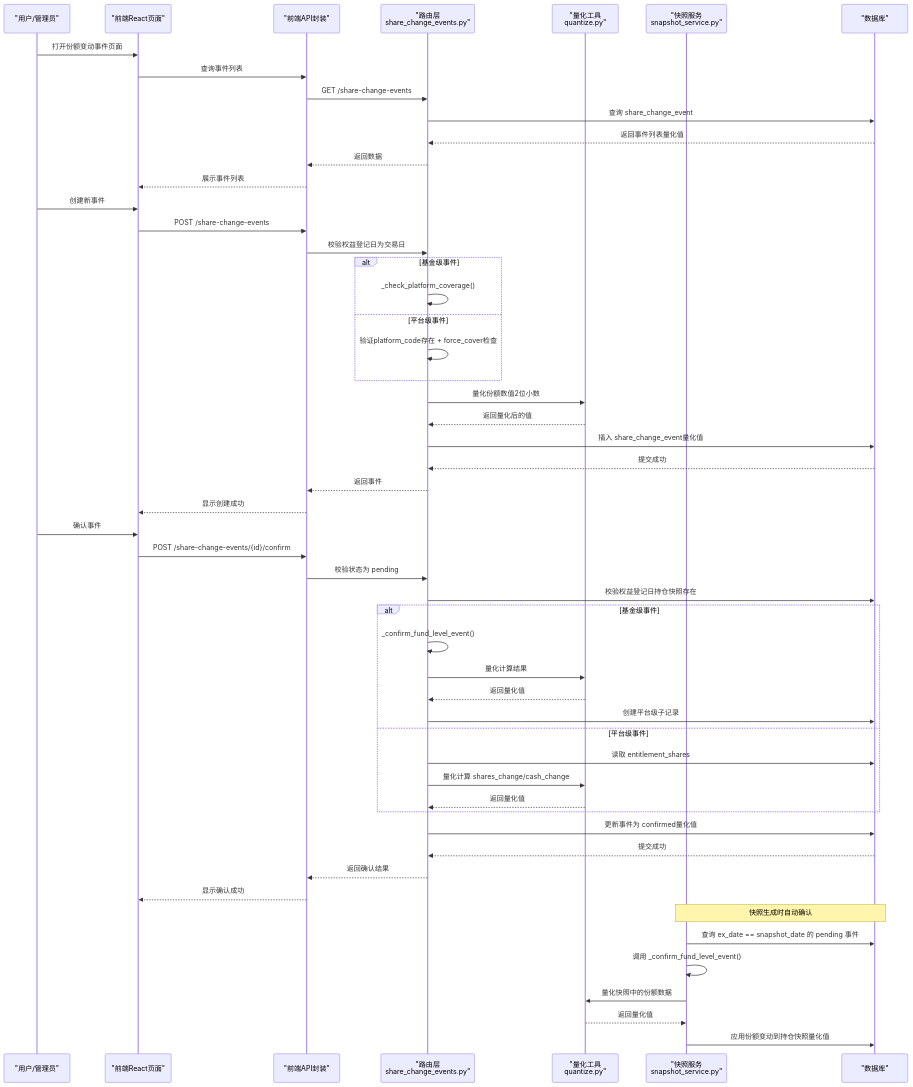
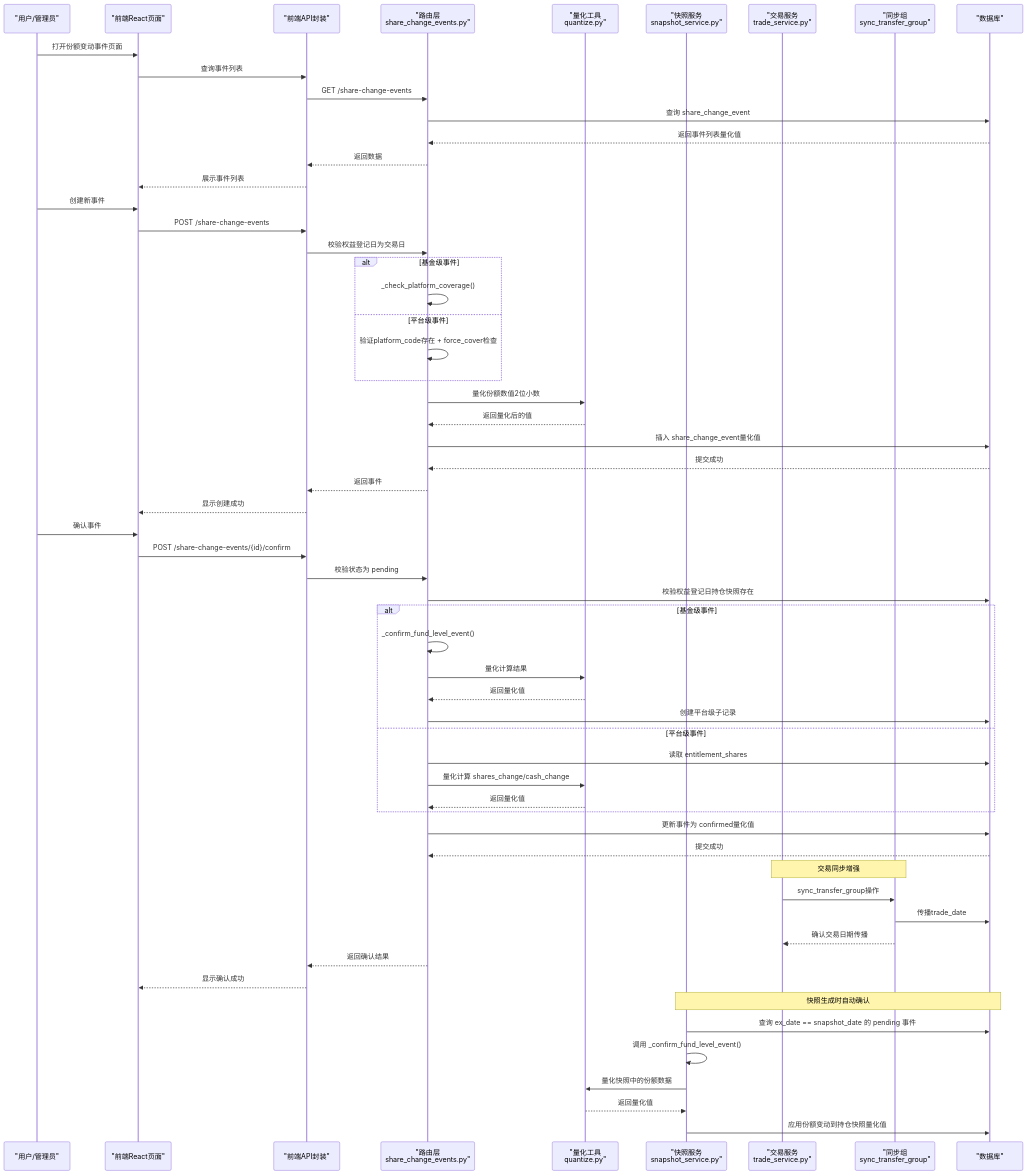
The second of 3 diagrams in .qoder/repowiki/zh/content/核心业务功能/份额变动事件.md (gujialind/InvestRing), drawn with Mermaid before and after one commit. The commit also changed other lines of this file and 28 other files, not shown here.

````diff
--- a/.qoder/repowiki/zh/content/核心业务功能/份额变动事件.md
+++ b/.qoder/repowiki/zh/content/核心业务功能/份额变动事件.md
@@ -85,55 +94,61 @@
 ```mermaid
 sequenceDiagram
 participant U as "用户/管理员"
 participant FE as "前端React页面"
 participant API as "前端API封装"
 participant R as "路由层<br/>share_change_events.py"
 participant Q as "量化工具<br/>quantize.py"
 participant SS as "快照服务<br/>snapshot_service.py"
+participant TS as "交易服务<br/>trade_service.py"
+participant STG as "同步组<br/>sync_transfer_group"
 participant DB as "数据库"
 U->>FE : 打开份额变动事件页面
 FE->>API : 查询事件列表
 API->>R : GET /share-change-events
 R->>DB : 查询 share_change_event
 DB-->>R : 返回事件列表量化值
 R-->>API : 返回数据
 API-->>FE : 展示事件列表
 U->>FE : 创建新事件
 FE->>API : POST /share-change-events
 API->>R : 校验权益登记日为交易日
 alt 基金级事件
 R->>R : _check_platform_coverage()
 else 平台级事件
 R->>R : 验证platform_code存在 + force_cover检查
 end
 R->>Q : 量化份额数值2位小数
 Q-->>R : 返回量化后的值
 R->>DB : 插入 share_change_event量化值
 DB-->>R : 提交成功
 R-->>API : 返回事件
 API-->>FE : 显示创建成功
 U->>FE : 确认事件
 FE->>API : POST /share-change-events/{id}/confirm
 API->>R : 校验状态为 pending
 R->>DB : 校验权益登记日持仓快照存在
 alt 基金级事件
 R->>R : _confirm_fund_level_event()
 R->>Q : 量化计算结果
 Q-->>R : 返回量化值
 R->>DB : 创建平台级子记录
 else 平台级事件
 R->>DB : 读取 entitlement_shares
 R->>Q : 量化计算 shares_change/cash_change
 Q-->>R : 返回量化值
 end
 R->>DB : 更新事件为 confirmed量化值
 DB-->>R : 提交成功
+Note over TS,STG : 交易同步增强
+TS->>STG : sync_transfer_group操作
+STG->>DB : 传播trade_date
+STG-->>TS : 确认交易日期传播
 R-->>API : 返回确认结果
 API-->>FE : 显示确认成功
 Note over SS,DB : 快照生成时自动确认
 SS->>DB : 查询 ex_date == snapshot_date 的 pending 事件
 SS->>SS : 调用 _confirm_fund_level_event()
 SS->>Q : 量化快照中的份额数据
 Q-->>SS : 返回量化值
 SS->>DB : 应用份额变动到持仓快照量化值
 ```
````
